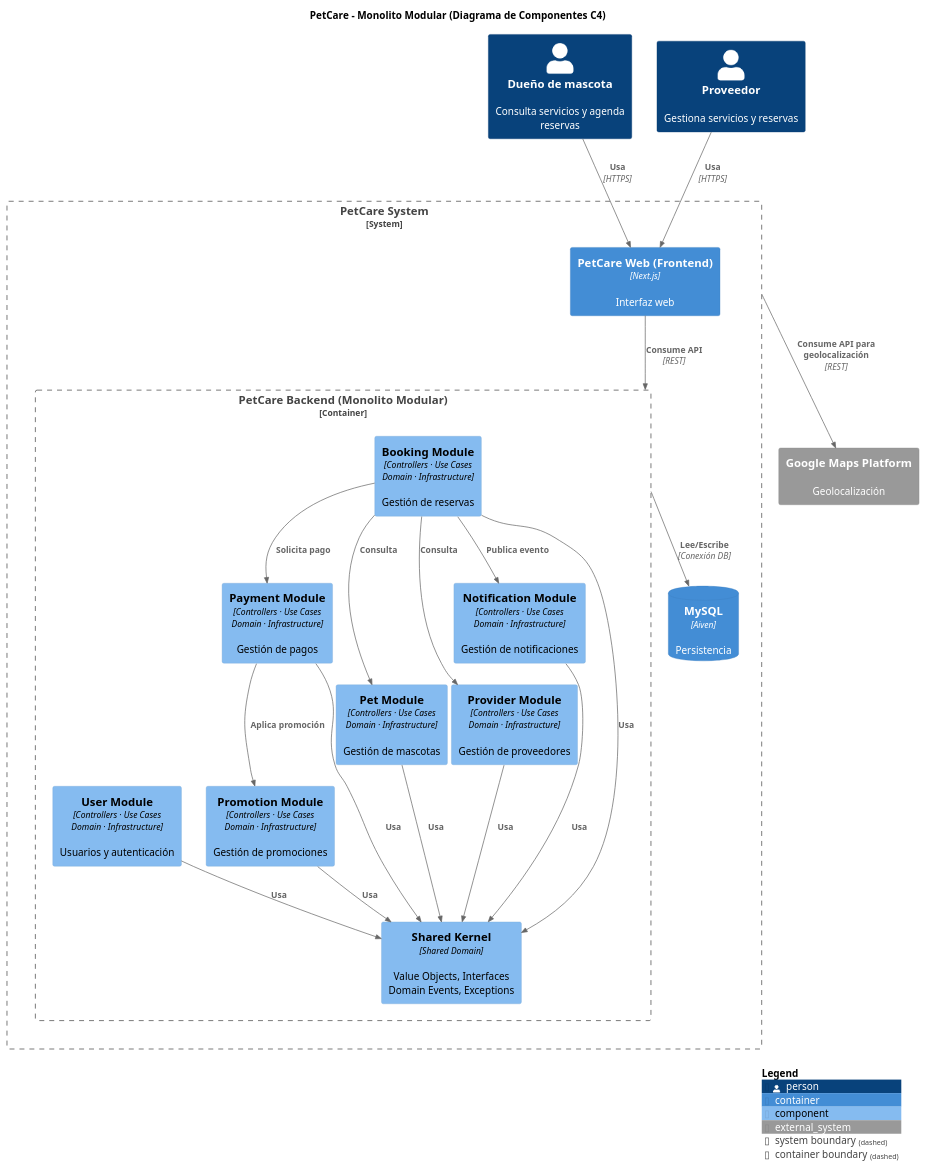
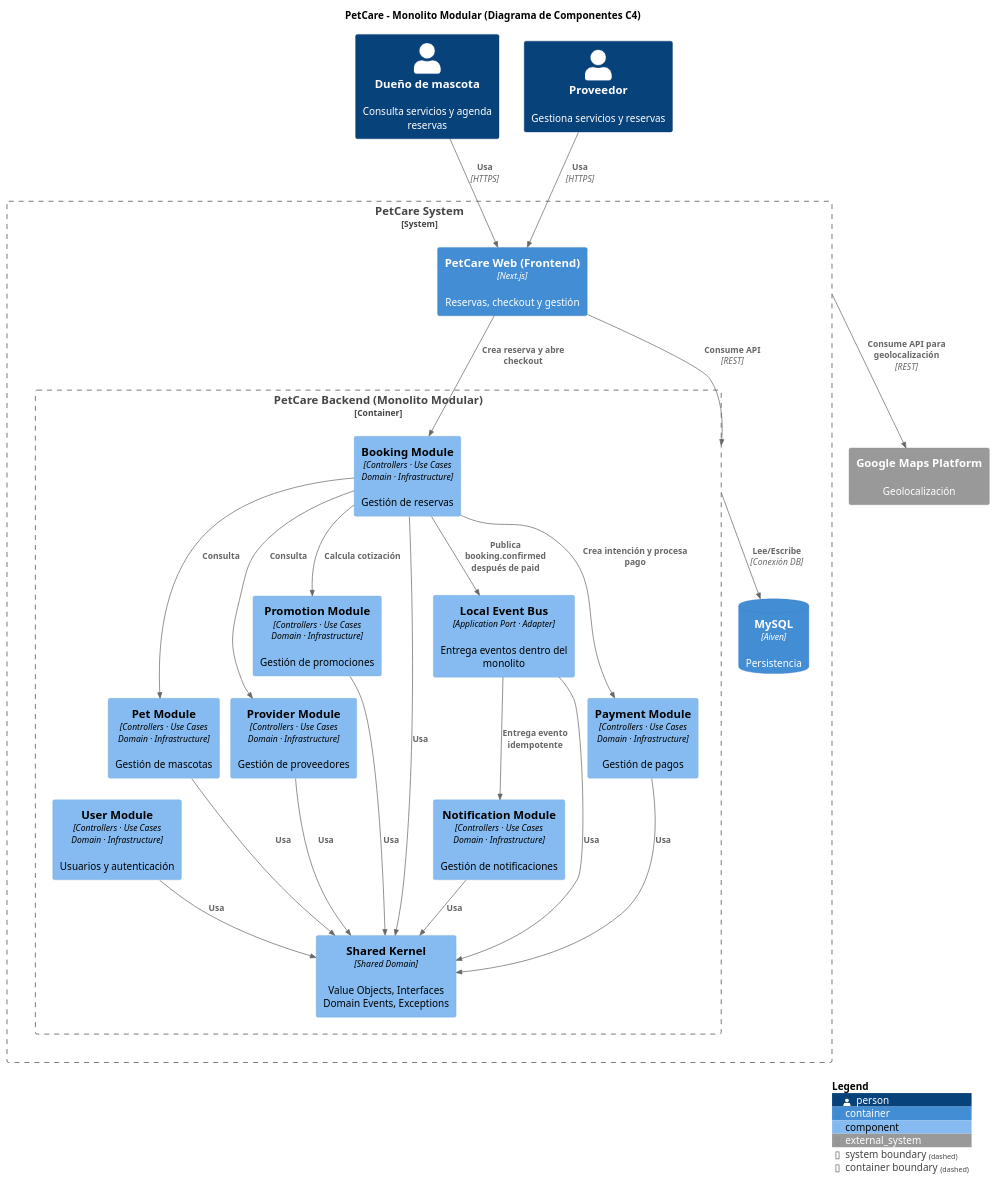
Before and after one commit to guissLib/petcare-backend: the diagram in Diagrams/03-components.puml, drawn with PlantUML. The commit also changed 223 other files, not shown here.

```diff
--- a/Diagrams/03-components.puml
+++ b/Diagrams/03-components.puml
@@ -1,59 +1,63 @@
 @startuml
 !include https://raw.githubusercontent.com/plantuml-stdlib/C4-PlantUML/master/C4_Component.puml
 
 title PetCare - Monolito Modular (Diagrama de Componentes C4)
 
 Person(owner, "Dueño de mascota", "Consulta servicios y agenda reservas")
 Person(providerUser, "Proveedor", "Gestiona servicios y reservas")
 
 System_Boundary(petcare, "PetCare System") {
     
-    Container(web, "PetCare Web (Frontend)", "Next.js", "Interfaz web")
+    Container(web, "PetCare Web (Frontend)", "Next.js", "Reservas, checkout y gestión")
 
     Container_Boundary(backend, "PetCare Backend (Monolito Modular)") {
         Component(booking, "Booking Module", "Controllers · Use Cases\nDomain · Infrastructure", "Gestión de reservas")
         Component(payment, "Payment Module", "Controllers · Use Cases\nDomain · Infrastructure", "Gestión de pagos")
         Component(user, "User Module", "Controllers · Use Cases\nDomain · Infrastructure", "Usuarios y autenticación")
         Component(pet, "Pet Module", "Controllers · Use Cases\nDomain · Infrastructure", "Gestión de mascotas")
         Component(provider, "Provider Module", "Controllers · Use Cases\nDomain · Infrastructure", "Gestión de proveedores")
         Component(notification, "Notification Module", "Controllers · Use Cases\nDomain · Infrastructure", "Gestión de notificaciones")
         Component(promotion, "Promotion Module", "Controllers · Use Cases\nDomain · Infrastructure", "Gestión de promociones")
         Component(shared, "Shared Kernel", "Shared Domain", "Value Objects, Interfaces\nDomain Events, Exceptions")
+        Component(eventBus, "Local Event Bus", "Application Port · Adapter", "Entrega eventos dentro del monolito")
     }
 
     ContainerDb(database, "MySQL", "Aiven", "Persistencia")
 }
 
 System_Ext(maps, "Google Maps Platform", "Geolocalización")
 
 ' 1. Flujo de entrada de usuarios
 Rel(owner, web, "Usa", "HTTPS")
 Rel(providerUser, web, "Usa", "HTTPS")
 
 ' 2. Web a Backend (Conexión abstracta al contexto del monolito)
 Rel(web, backend, "Consume API", "REST")
 
-' 3. Comunicación interna entre módulos (Cascada vertical descendente)
-Rel(booking, payment, "Solicita pago")
+' 3. Comunicación interna y confirmación post-pago
+Rel(web, booking, "Crea reserva y abre checkout")
+Rel(booking, payment, "Crea intención y procesa pago")
 Rel(booking, pet, "Consulta")
 Rel(booking, provider, "Consulta")
-Rel(booking, notification, "Publica evento")
-Rel(payment, promotion, "Aplica promoción")
+Rel(booking, promotion, "Calcula cotización")
+Rel(booking, eventBus, "Publica booking.confirmed después de paid")
+Rel(eventBus, notification, "Entrega evento idempotente")
 
 ' 4. Dependencias al Shared Kernel 
 Rel(booking, shared, "Usa")
 Rel(payment, shared, "Usa")
 Rel(user, shared, "Usa")
 Rel(pet, shared, "Usa")
 Rel(provider, shared, "Usa")
 Rel(notification, shared, "Usa")
 Rel(promotion, shared, "Usa")
+Rel(eventBus, shared, "Usa")
 
 ' 5. Backend a Base de Datos (El backend completo apunta a la DB)
 Rel(backend, database, "Lee/Escribe", "Conexión DB")
 
 ' 6. Salida al Sistema Externo (El sistema PetCare completo apunta a Maps)
 Rel(petcare, maps, "Consume API para geolocalización", "REST")
 
 SHOW_LEGEND()
 @enduml
```
